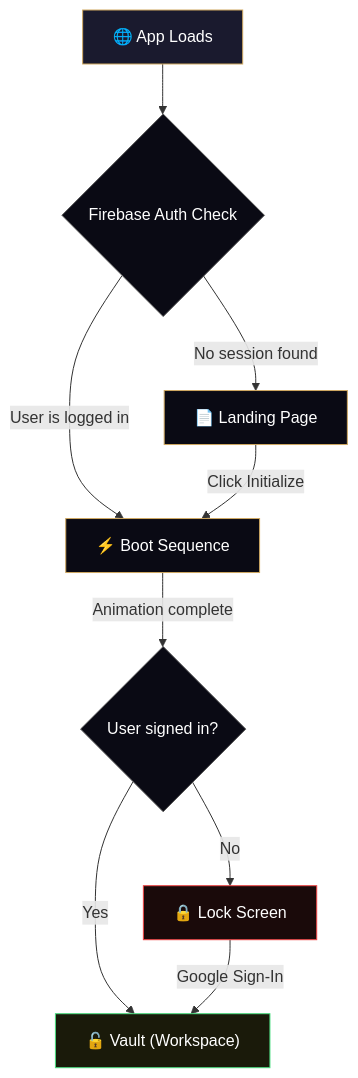
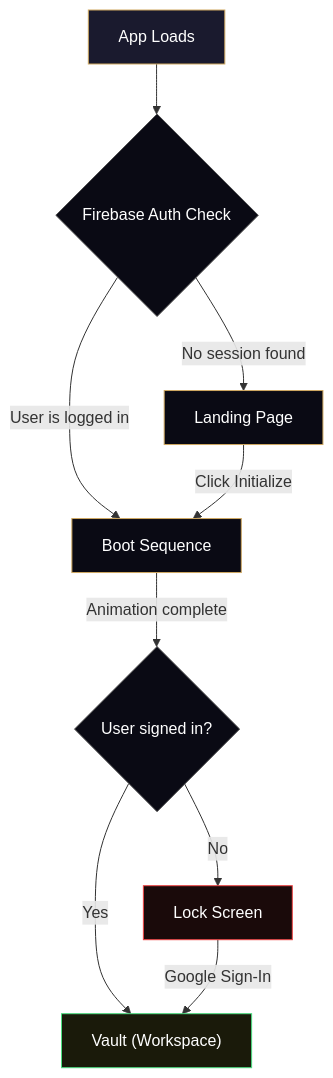
The first of 3 diagrams in README.md (yuvrajshrirame/second-brain), drawn with Mermaid before and after one commit. The commit also changed other lines of this file, not shown here.

Commit message:
docs: improve mermaid diagrams

````diff
--- a/README.md
+++ b/README.md
@@ -111,19 +111,19 @@
 ```mermaid
 flowchart TD
-    A["🌐 App Loads"] --> B{"Firebase Auth Check"}
-    B -->|"User is logged in"| D["⚡ Boot Sequence"]
-    B -->|"No session found"| C["📄 Landing Page"]
+    A["App Loads"] --> B{"Firebase Auth Check"}
+    B -->|"User is logged in"| D["Boot Sequence"]
+    B -->|"No session found"| C["Landing Page"]
     C -->|"Click Initialize"| D
     D -->|"Animation complete"| E{"User signed in?"}
-    E -->|"Yes"| F["🔓 Vault (Workspace)"]
-    E -->|"No"| G["🔒 Lock Screen"]
+    E -->|"Yes"| F["Vault (Workspace)"]
+    E -->|"No"| G["Lock Screen"]
     G -->|"Google Sign-In"| F
 
     style A fill:#1a1a2e,stroke:#cfa861,color:#fff
     style B fill:#0a0a14,stroke:#555,color:#fff
     style C fill:#0a0a14,stroke:#cfa861,color:#fff
     style D fill:#0a0a14,stroke:#cfa861,color:#fff
     style E fill:#0a0a14,stroke:#555,color:#fff
     style F fill:#1a1a0a,stroke:#4ade80,color:#fff
     style G fill:#1a0a0a,stroke:#ef4444,color:#fff
 ```
````
